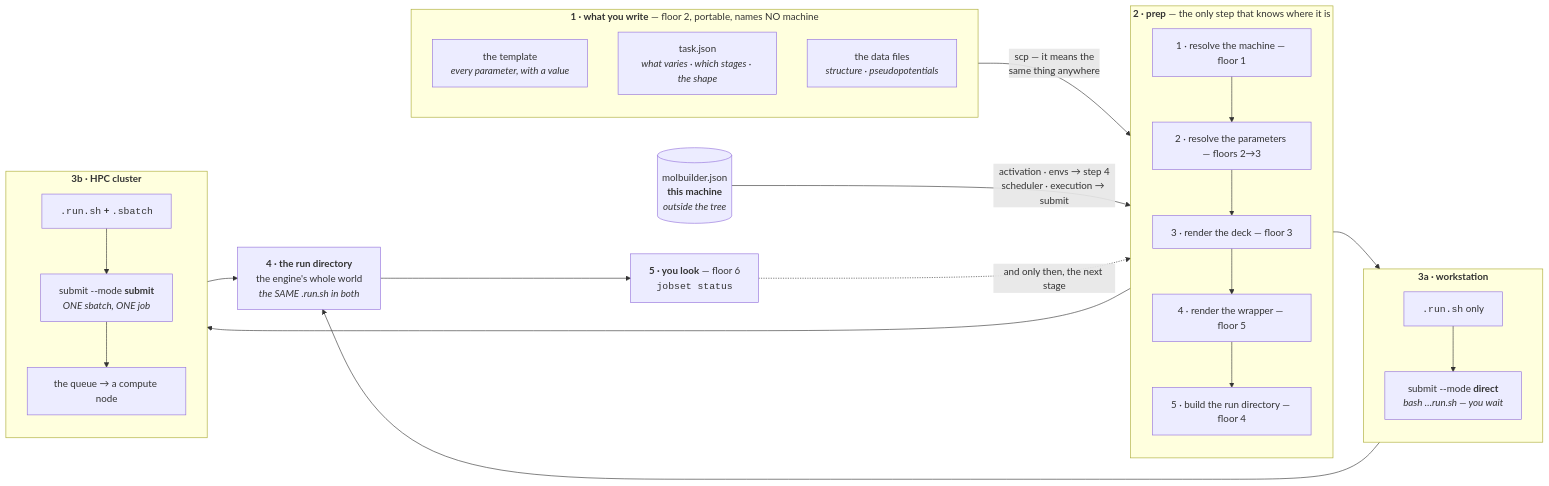
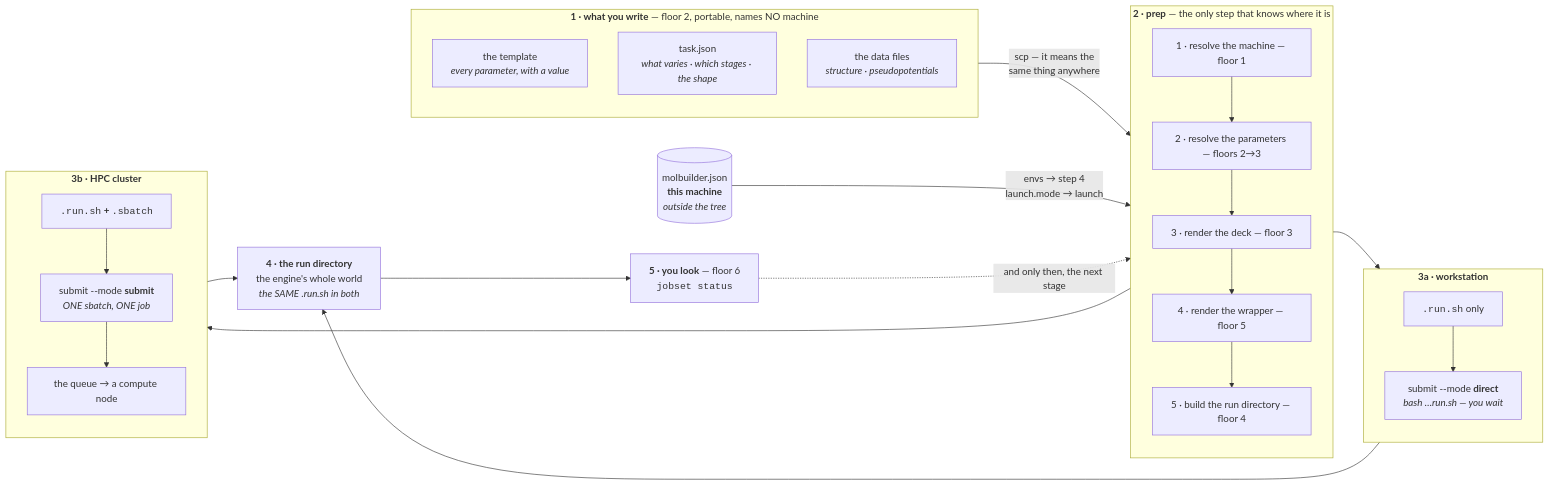
One commit to Qing-LAB/molbuilder changed the ninth of 10 diagrams in docs/execution/architecture.md. Above: the diagram before and after it, drawn with Mermaid. The commit also changed 37 other files, not shown here.

````diff
--- a/docs/execution/architecture.md
+++ b/docs/execution/architecture.md
@@ -1097,46 +1097,46 @@
 ```mermaid
 flowchart LR
     subgraph PORT["<b>1 · what you write</b> — floor 2, portable, names NO machine"]
       direction TB
       T["the template<br/><i>every parameter, with a value</i>"]
       TJ["task.json<br/><i>what varies · which stages · the shape</i>"]
       DAT["the data files<br/><i>structure · pseudopotentials</i>"]
     end
 
     CFG[("molbuilder.json<br/><b>this machine</b><br/><i>outside the tree</i>")]
 
     subgraph PREP["<b>2 · prep</b> — the only step that knows where it is"]
       direction TB
       S1["1 · resolve the machine — floor 1"]
       S2["2 · resolve the parameters — floors 2→3"]
       S3["3 · render the deck — floor 3"]
       S4["4 · render the wrapper — floor 5"]
       S5["5 · build the run directory — floor 4"]
       S1 --> S2 --> S3 --> S4 --> S5
     end
 
     subgraph WS["<b>3a · workstation</b>"]
       direction TB
       WA["<code>.run.sh</code> only"]
       WB["submit --mode <b>direct</b><br/><i>bash …run.sh — you wait</i>"]
       WA --> WB
     end
     subgraph HPC["<b>3b · HPC cluster</b>"]
       direction TB
       HA["<code>.run.sh</code> <b>+</b> <code>.sbatch</code>"]
       HB["submit --mode <b>submit</b><br/><i>ONE sbatch, ONE job</i>"]
       HC["the queue → a compute node"]
       HA --> HB --> HC
     end
 
     RUN["<b>4 · the run directory</b><br/>the engine's whole world<br/><i>the SAME .run.sh in both</i>"]
     OBS["<b>5 · you look</b> — floor 6<br/><code>jobset status</code>"]
 
     PORT -->|"scp — it means the<br/>same thing anywhere"| PREP
-    CFG -->|"activation · envs → step 4<br/>scheduler · execution → submit"| PREP
+    CFG -->|"envs → step 4<br/>launch.mode → launch"| PREP
     PREP --> WS & HPC
     WS --> RUN
     HPC --> RUN
     RUN --> OBS
     OBS -.->|"and only then, the next stage"| PREP
 ```
````
